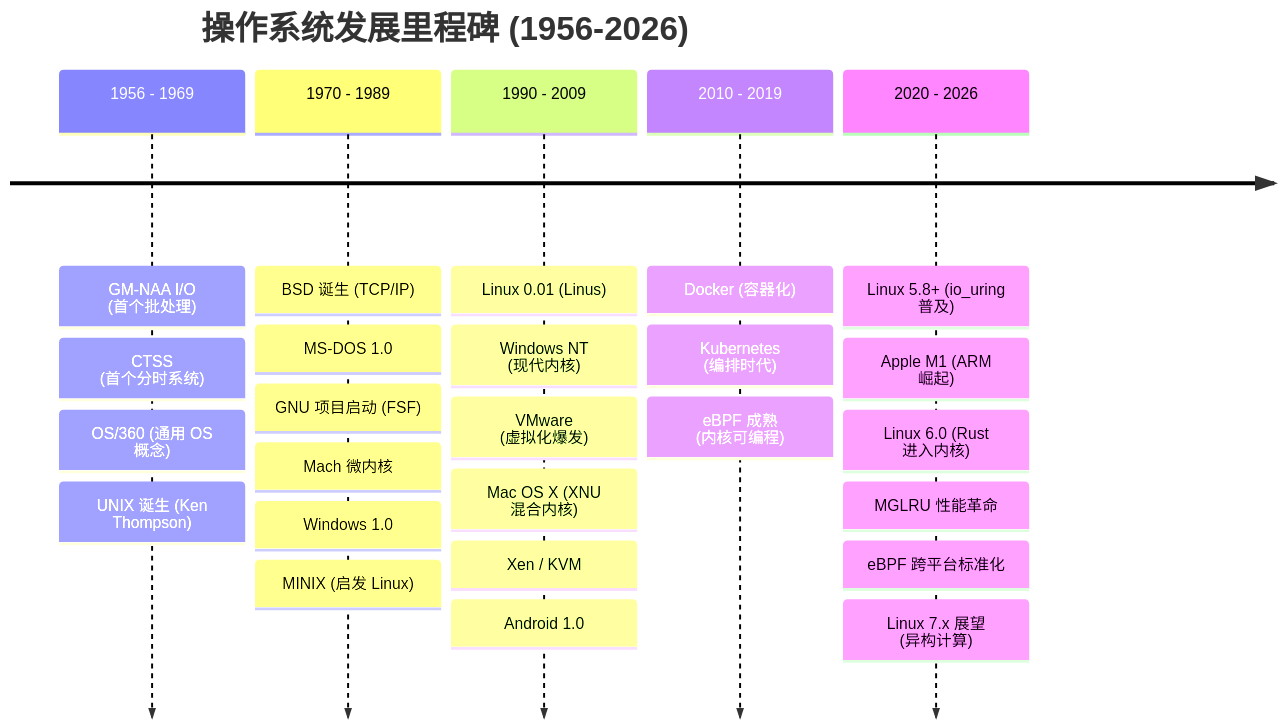
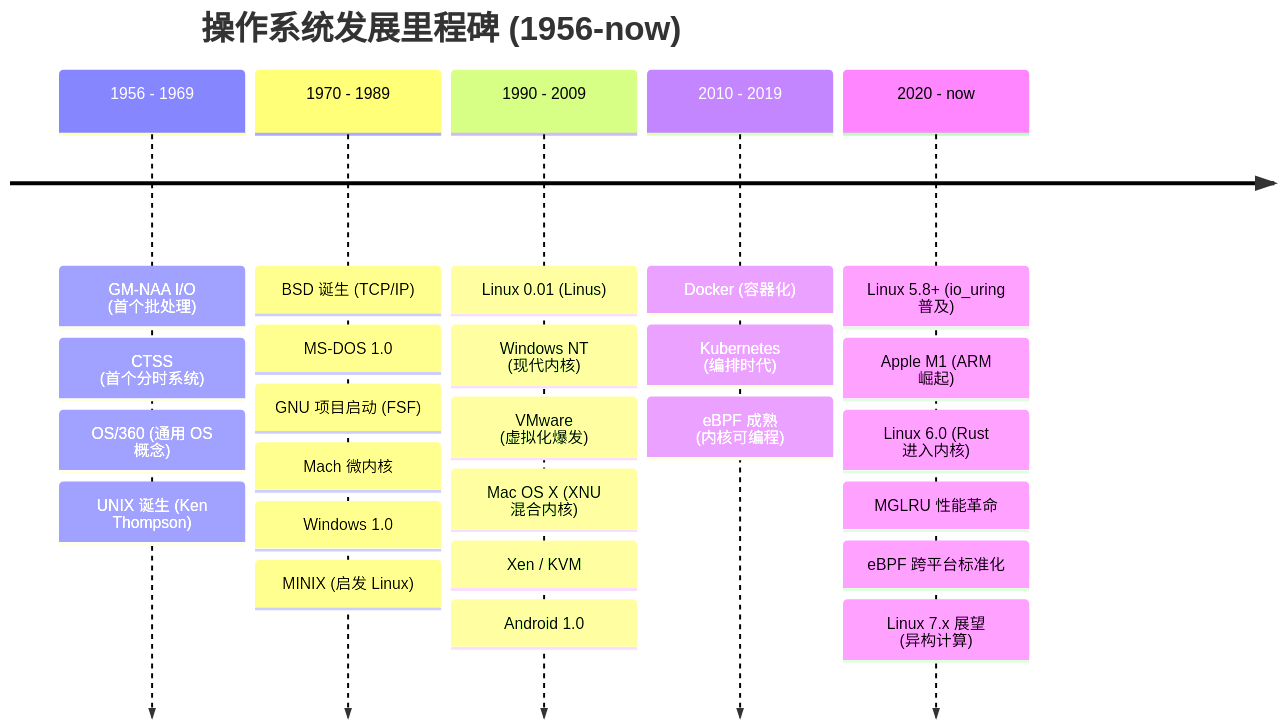
One commit to snowfrs/docs changed the second of 19 diagrams in content/docs/Projects/OS_Learn/M1_Architecture.mdx. Above: the diagram before and after it, drawn with Mermaid. The commit also changed other lines of this file and 6 other files, not shown here.

Commit message:
docs(os-learn): standardize punctuation, convert diagrams to mermaid and refine layout

````diff
--- a/content/docs/Projects/OS_Learn/M1_Architecture.mdx
+++ b/content/docs/Projects/OS_Learn/M1_Architecture.mdx
@@ -114,9 +114,9 @@
 ```mermaid
 timeline
-    title 操作系统发展里程碑 (1956-2026)
+    title 操作系统发展里程碑 (1956-now)
     1956 - 1969 : GM-NAA I/O (首个批处理) : CTSS (首个分时系统) : OS/360 (通用 OS 概念) : UNIX 诞生 (Ken Thompson)
     1970 - 1989 : BSD 诞生 (TCP/IP) : MS-DOS 1.0 : GNU 项目启动 (FSF) : Mach 微内核 : Windows 1.0 : MINIX (启发 Linux)
     1990 - 2009 : Linux 0.01 (Linus) : Windows NT (现代内核) : VMware (虚拟化爆发) : Mac OS X (XNU 混合内核) : Xen / KVM : Android 1.0
     2010 - 2019 : Docker (容器化) : Kubernetes (编排时代) : eBPF 成熟 (内核可编程)
-    2020 - 2026 : Linux 5.8+ (io_uring 普及) : Apple M1 (ARM 崛起) : Linux 6.0 (Rust 进入内核) : MGLRU 性能革命 : eBPF 跨平台标准化 : Linux 7.x 展望 (异构计算)
+    2020 - now : Linux 5.8+ (io_uring 普及) : Apple M1 (ARM 崛起) : Linux 6.0 (Rust 进入内核) : MGLRU 性能革命 : eBPF 跨平台标准化 : Linux 7.x 展望 (异构计算)
 ```
````
